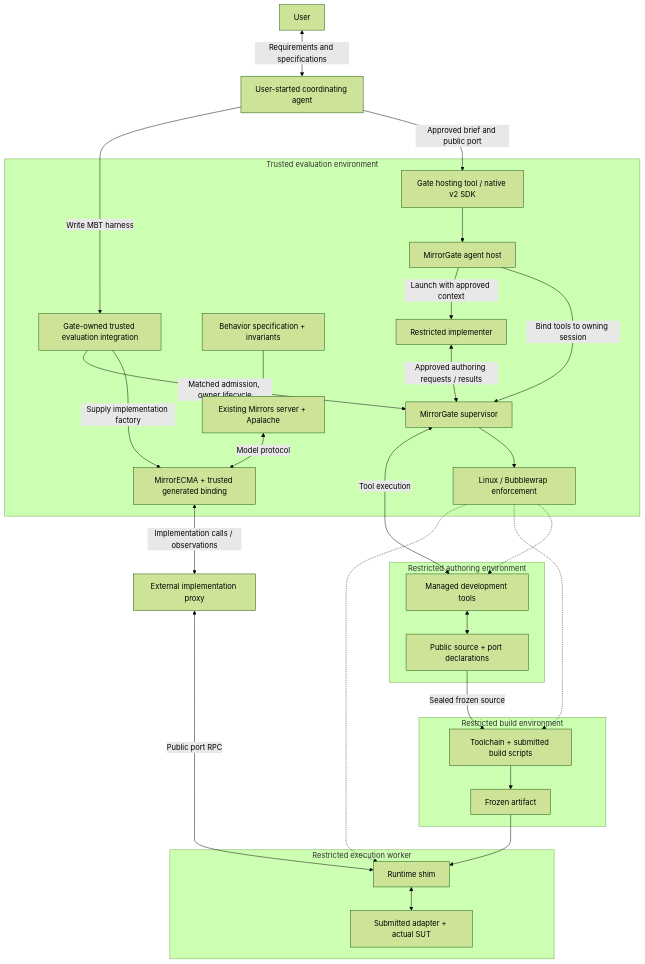
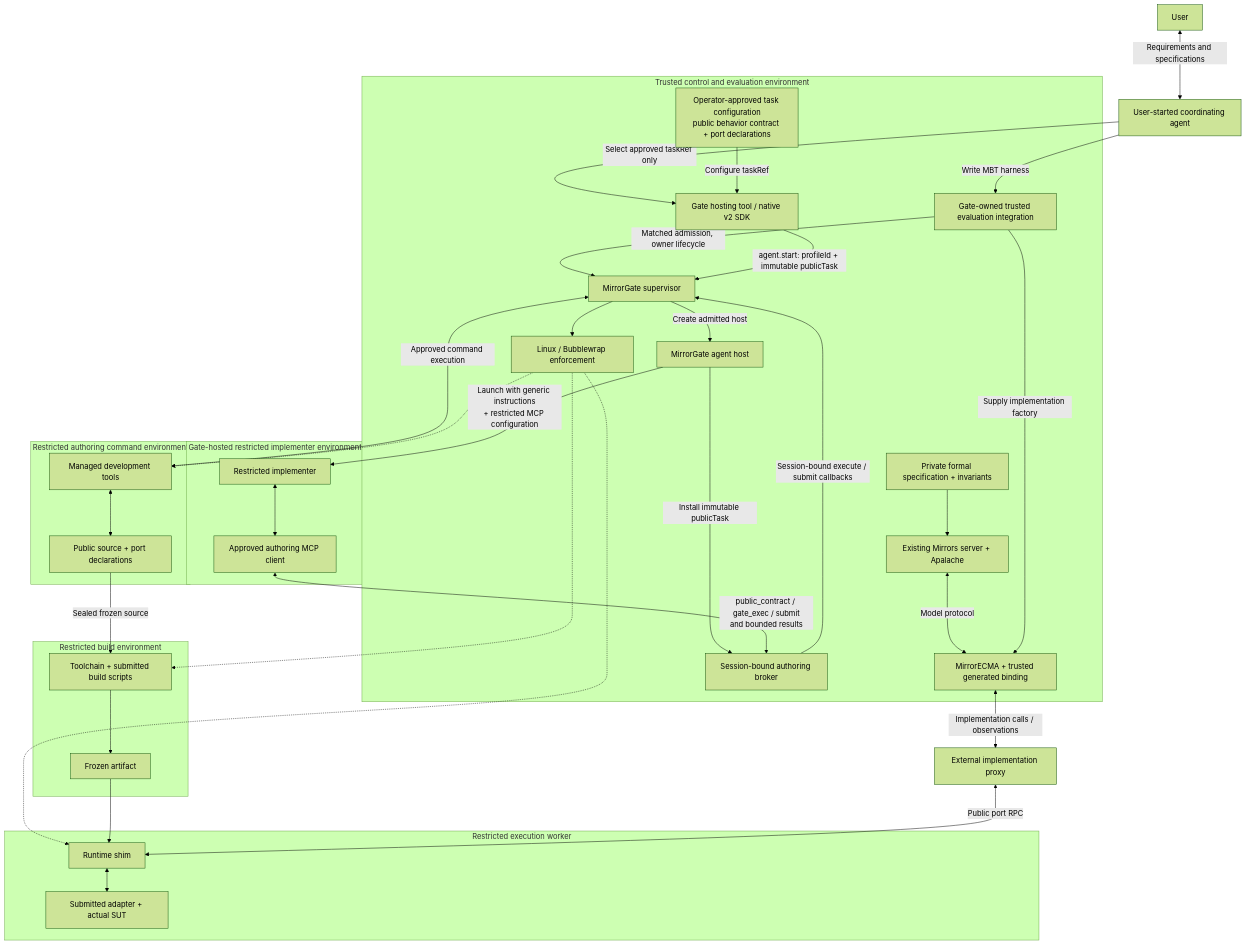
Before and after one commit to NzSN/MirrorGate: the diagram in docs/architecture.md, drawn with Mermaid (forest theme). The commit also changed other lines of this file, not shown here.

Commit message:
docs: clarify managed authoring boundaries

````diff
--- a/docs/architecture.md
+++ b/docs/architecture.md
@@ -116,34 +116,43 @@
 ```mermaid
 flowchart TB
     User["User"] <-->|"Requirements and specifications"| Coordinator["User-started coordinating agent"]
-    Coordinator -->|"Approved brief and public port"| HostingTool["Gate hosting tool / native v2 SDK"]
-    Coordinator -->|"Write MBT harness"| Integration["Gate-owned trusted evaluation integration"]
-    subgraph Trusted["Trusted evaluation environment"]
-        Spec["Behavior specification + invariants"] --> Mirrors["Existing Mirrors server + Apalache"]
+    subgraph Trusted["Trusted control and evaluation environment"]
+        ApprovedTask["Operator-approved task configuration<br/>public behavior contract + port declarations"]
+        HostingTool["Gate hosting tool / native v2 SDK"]
+        Integration["Gate-owned trusted evaluation integration"]
+        Spec["Private formal specification + invariants"] --> Mirrors["Existing Mirrors server + Apalache"]
         Mirrors <-->|"Model protocol"| MBT["MirrorECMA + trusted generated binding"]
         Integration -->|"Supply implementation factory"| MBT
         Integration -->|"Matched admission, owner lifecycle"| Supervisor["MirrorGate supervisor"]
-        HostingTool --> Host["MirrorGate agent host"]
-        Host -->|"Bind tools to owning session"| Supervisor
-        Host -->|"Launch with approved context"| Agent["Restricted implementer"]
+        HostingTool -->|"agent.start: profileId + immutable publicTask"| Supervisor
+        Supervisor -->|"Create admitted host"| Host["MirrorGate agent host"]
+        Host -->|"Install immutable publicTask"| Broker["Session-bound authoring broker"]
+        Broker -->|"Session-bound execute / submit callbacks"| Supervisor
         Supervisor --> Backend["Linux / Bubblewrap enforcement"]
     end
-    subgraph Authoring["Restricted authoring environment"]
+    subgraph Implementer["Gate-hosted restricted implementer environment"]
+        Agent["Restricted implementer"] <--> AuthoringMCP["Approved authoring MCP client"]
+    end
+    subgraph Authoring["Restricted authoring command environment"]
         Tools["Managed development tools"] <--> Workspace["Public source + port declarations"]
     end
     subgraph Build["Restricted build environment"]
         Builder["Toolchain + submitted build scripts"] --> Artifact["Frozen artifact"]
     end
     subgraph Execution["Restricted execution worker"]
         Shim["Runtime shim"] <--> Adapter["Submitted adapter + actual SUT"]
     end
-    Agent <-->|"Approved authoring requests / results"| Supervisor
-    Supervisor <-->|"Tool execution"| Tools
+    Coordinator -->|"Select approved taskRef only"| HostingTool
+    Coordinator -->|"Write MBT harness"| Integration
+    ApprovedTask -->|"Configure taskRef"| HostingTool
+    Host -->|"Launch with generic instructions<br/>+ restricted MCP configuration"| Agent
+    AuthoringMCP <-->|"public_contract / gate_exec / submit<br/>and bounded results"| Broker
+    Supervisor <-->|"Approved command execution"| Tools
     Backend -.-> Tools
     Backend -.-> Builder
     Backend -.-> Shim
     Workspace -->|"Sealed frozen source"| Builder
     Artifact --> Shim
     MBT <-->|"Implementation calls / observations"| Proxy["External implementation proxy"]
     Proxy <-->|"Public port RPC"| Shim
 ```
````
